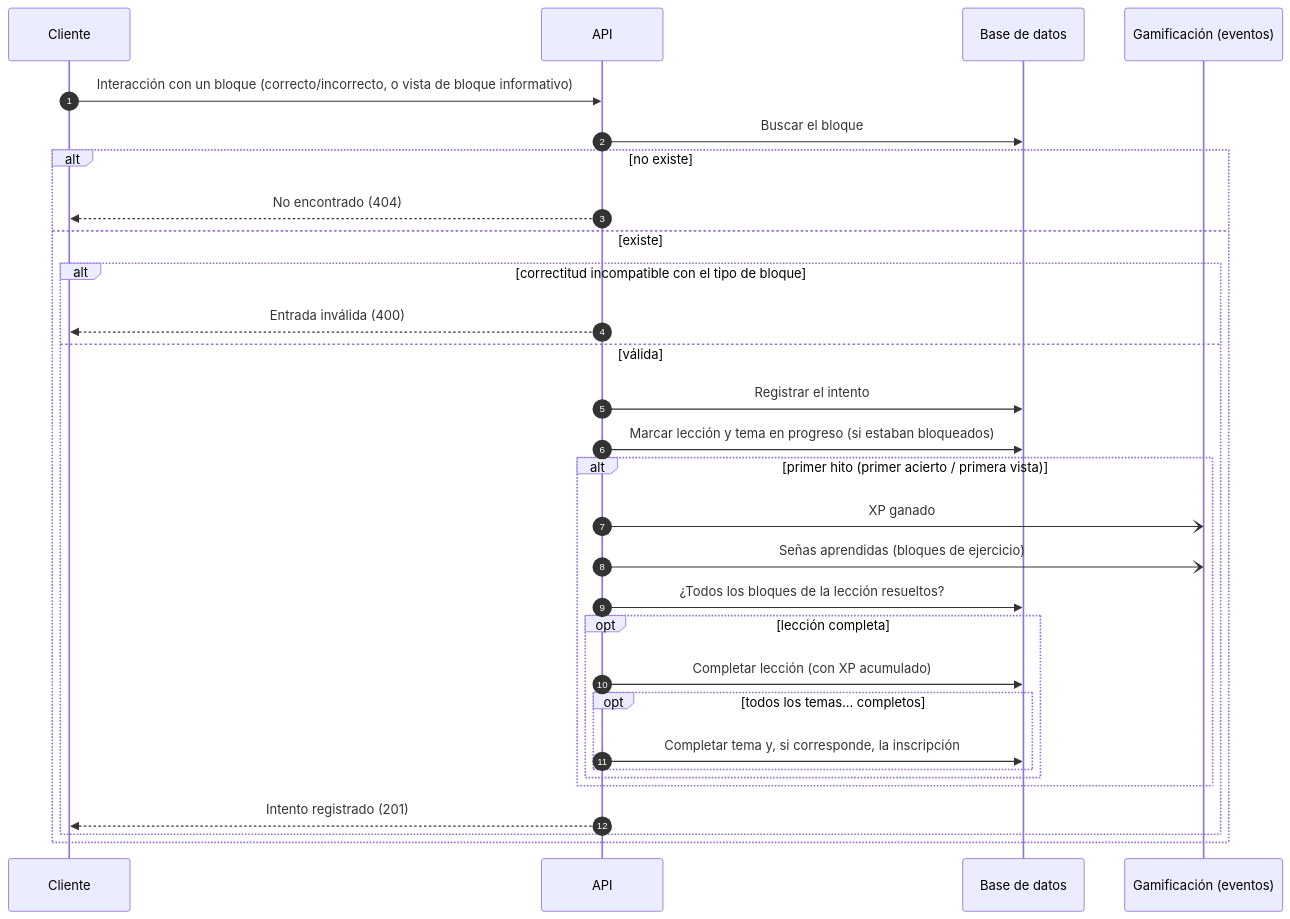
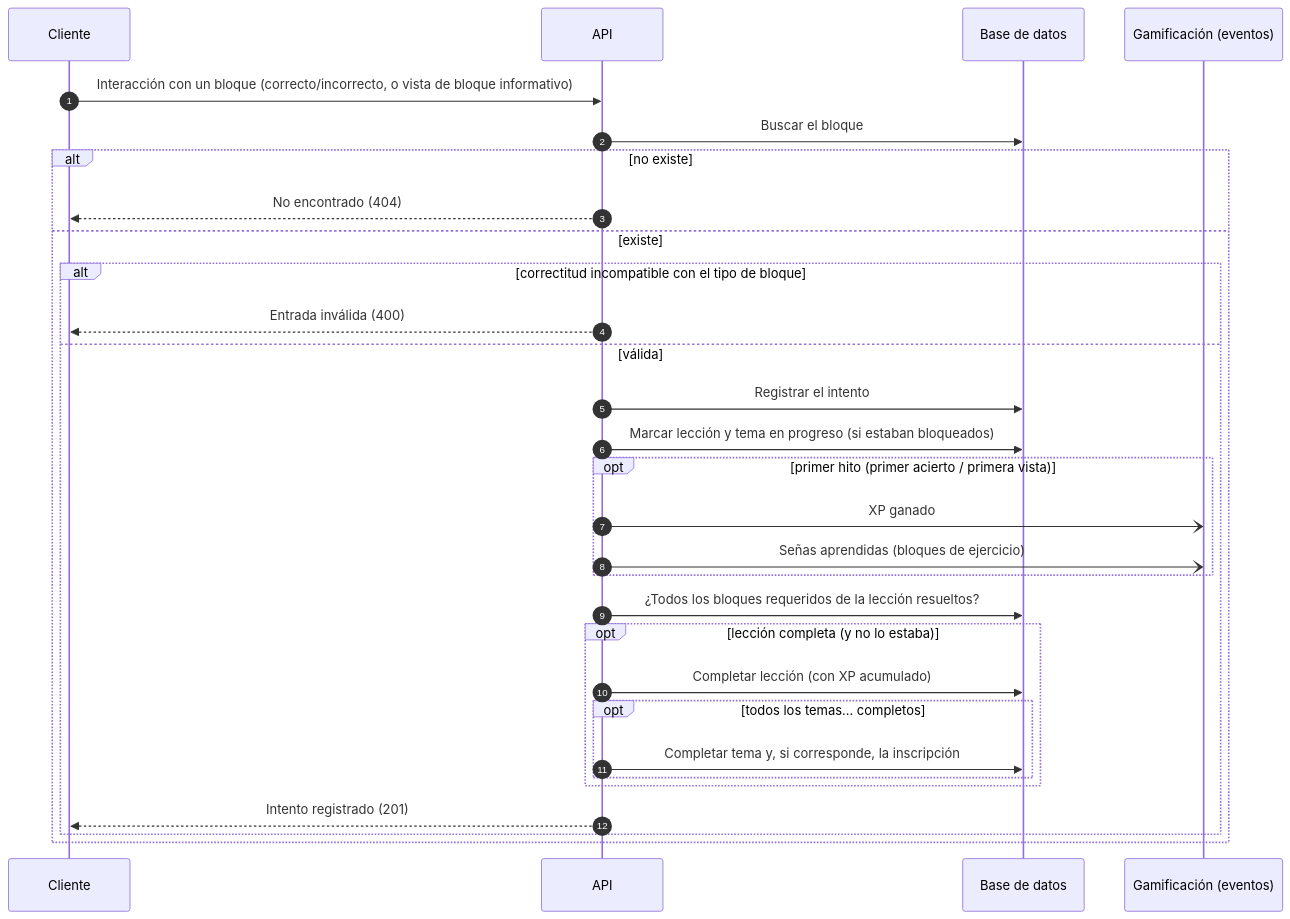
Before and after one commit to signasource/signa-api: diagram 14 of 25 in docs/diagrams/sequence.md, drawn with Mermaid. The commit also changed other lines of this file and 2 other files, not shown here.

Commit message:
fix(learning): completar lecciones con bloques que la app no reporta
La app nunca manda interacción para INTRODUCE_SIGN (solo avanza) ni para
INVISIBLE_SIGNS (no se muestra), pero checkLessonCompletion exigía un acierto
en todos los bloques: toda lección con alguno de ellos quedaba IN_PROGRESS para
siempre (en el curso básico, de la lección 1 en adelante) y bloqueaba el camino,
los desafíos de lecciones y los logros.

- Esos dos tipos ya no son requeridos para completar la lección.
- La finalización se evalúa en cada interacción, no solo en el primer hito:
  los usuarios con lecciones trabadas las completan al volver a responder
  cualquier bloque.

````diff
--- a/docs/diagrams/sequence.md
+++ b/docs/diagrams/sequence.md
@@ -337,33 +344,33 @@
 ```mermaid
 sequenceDiagram
     autonumber
     participant C as Cliente
     participant API as API
     participant DB as Base de datos
     participant Gam as Gamificación (eventos)
 
     C->>API: Interacción con un bloque (correcto/incorrecto, o vista de bloque informativo)
     API->>DB: Buscar el bloque
     alt no existe
         API-->>C: No encontrado (404)
     else existe
         alt correctitud incompatible con el tipo de bloque
             API-->>C: Entrada inválida (400)
         else válida
             API->>DB: Registrar el intento
             API->>DB: Marcar lección y tema en progreso (si estaban bloqueados)
-            alt primer hito (primer acierto / primera vista)
+            opt primer hito (primer acierto / primera vista)
                 API-)Gam: XP ganado
                 API-)Gam: Señas aprendidas (bloques de ejercicio)
-                API->>DB: ¿Todos los bloques de la lección resueltos?
-                opt lección completa
-                    API->>DB: Completar lección (con XP acumulado)
-                    opt todos los temas... completos
-                        API->>DB: Completar tema y, si corresponde, la inscripción
-                    end
+            end
+            API->>DB: ¿Todos los bloques requeridos de la lección resueltos?
+            opt lección completa (y no lo estaba)
+                API->>DB: Completar lección (con XP acumulado)
+                opt todos los temas... completos
+                    API->>DB: Completar tema y, si corresponde, la inscripción
                 end
             end
             API-->>C: Intento registrado (201)
         end
     end
 ```
````
